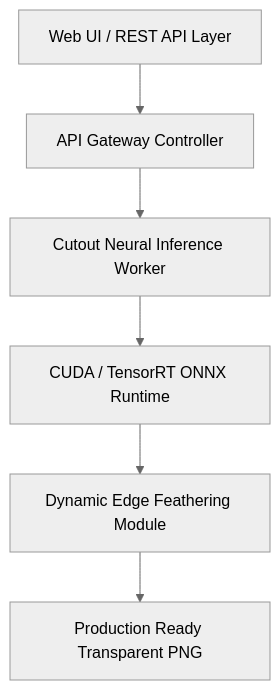
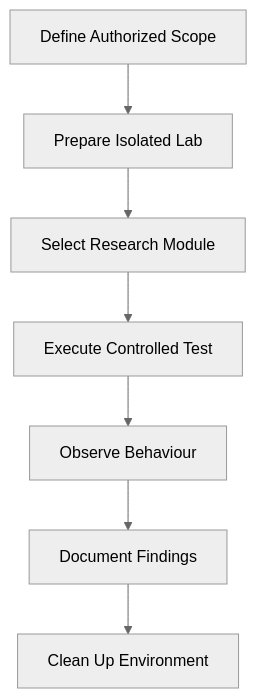
The first of 2 diagrams in README.md (AkshatRaj00/cutout-studio), drawn with Mermaid (neutral theme) before and after one commit. The commit also changed other lines of this file, not shown here.

````diff
--- a/README.md
+++ b/README.md
@@ -40,9 +69,18 @@
 ```mermaid
 flowchart TD
-    Client[Web UI / REST API Layer] --> Gateway[API Gateway Controller]
-    Gateway --> Worker[Cutout Neural Inference Worker]
-    Worker --> ONNX[CUDA / TensorRT ONNX Runtime]
-    ONNX --> MatteEngine[Dynamic Edge Feathering Module]
-    MatteEngine --> Output[Production Ready Transparent PNG]
 
+    A[Define Authorized Scope]
+    B[Prepare Isolated Lab]
+    C[Select Research Module]
+    D[Execute Controlled Test]
+    E[Observe Behaviour]
+    F[Document Findings]
+    G[Clean Up Environment]
+
+    A --> B
+    B --> C
+    C --> D
+    D --> E
+    E --> F
+    F --> G
 ```
````
